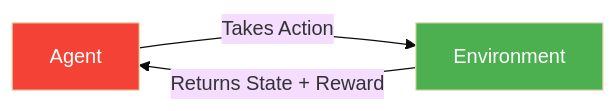
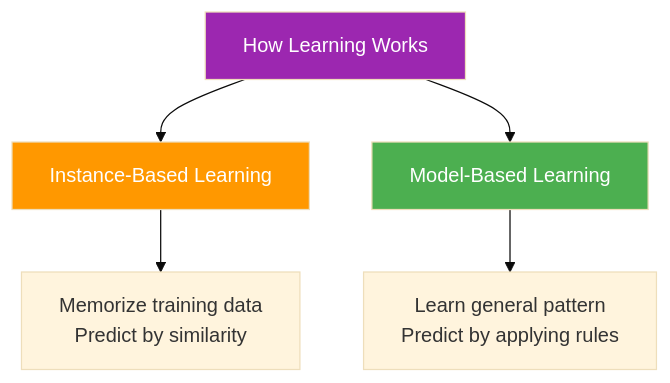
The fourth of 5 diagrams in machine-learning-sem-4/1. Types of Machine Learning.md (rachitgoyal14/supervised-unsupervised-notes), drawn with Mermaid (base theme) before and after one commit. The commit also changed other lines of this file and 8 other files, not shown here.

````diff
--- a/machine-learning-sem-4/1. Types of Machine Learning.md
+++ b/machine-learning-sem-4/1. Types of Machine Learning.md
@@ -119,8 +163,12 @@
 ```mermaid
-graph LR
-    A[Agent] -->|Takes Action| E[Environment]
-    E -->|Returns State + Reward| A
+graph TB
+    HOW[How Learning Works] --> INST[Instance-Based Learning]
+    HOW --> MODEL[Model-Based Learning]
     
-    style A fill:#F44336,color:#fff
-    style E fill:#4CAF50,color:#fff
+    INST --> INST_DESC["Memorize training data<br/>Predict by similarity"]
+    MODEL --> MODEL_DESC["Learn general pattern<br/>Predict by applying rules"]
+    
+    style HOW fill:#9C27B0,color:#fff
+    style INST fill:#FF9800,color:#fff
+    style MODEL fill:#4CAF50,color:#fff
 ```
````
